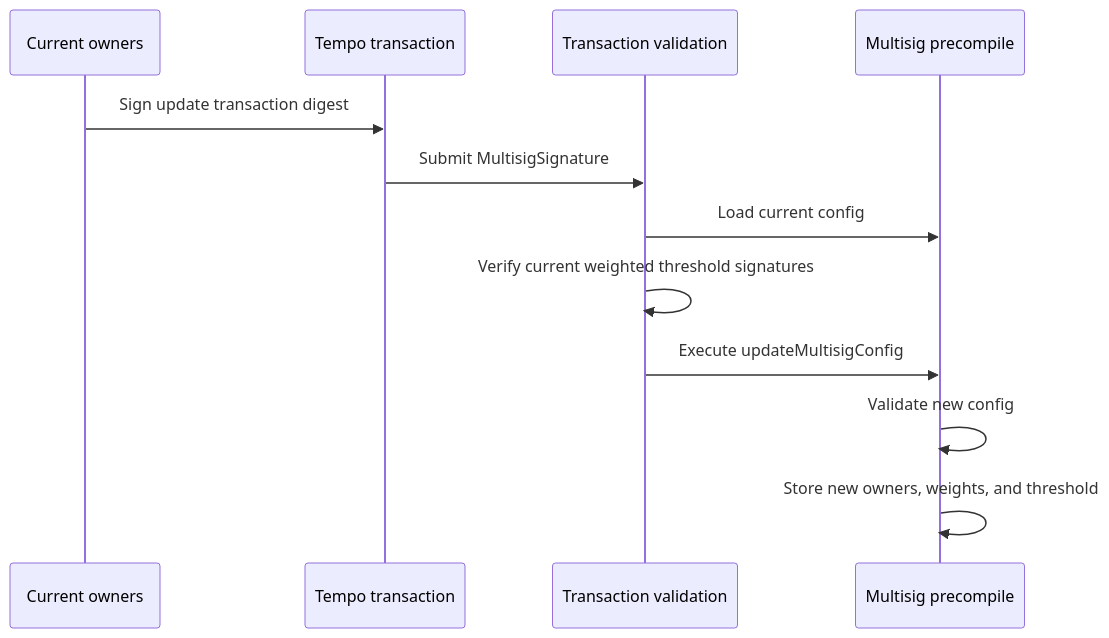
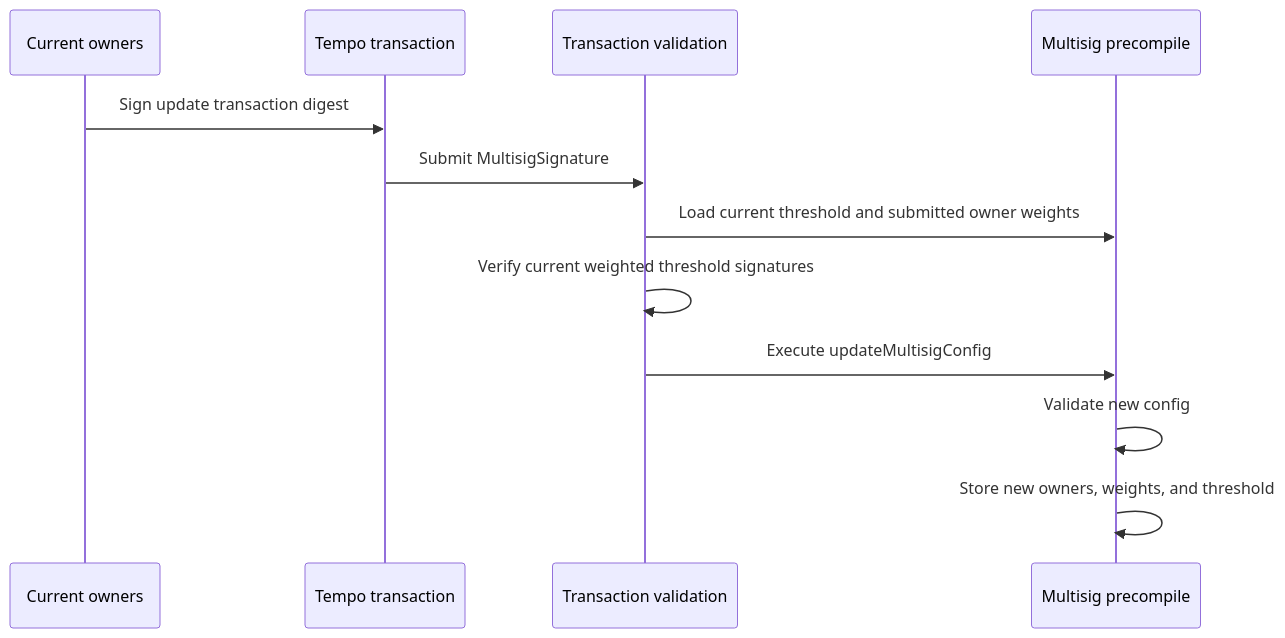
Before and after one commit to tempoxyz/tempo: the second of 2 diagrams in tips/tip-1061.md, drawn with Mermaid. The commit also changed other lines of this file and 8 other files, not shown here.

````diff
--- a/tips/tip-1061.md
+++ b/tips/tip-1061.md
@@ -793,15 +840,15 @@
 ```mermaid
 sequenceDiagram
   participant Owners as Current owners
   participant Tx as Tempo transaction
   participant Protocol as Transaction validation
   participant MS as Multisig precompile
 
   Owners->>Tx: Sign update transaction digest
   Tx->>Protocol: Submit MultisigSignature
-  Protocol->>MS: Load current config
+  Protocol->>MS: Load current threshold and submitted owner weights
   Protocol->>Protocol: Verify current weighted threshold signatures
   Protocol->>MS: Execute updateMultisigConfig
   MS->>MS: Validate new config
   MS->>MS: Store new owners, weights, and threshold
 ```
````
